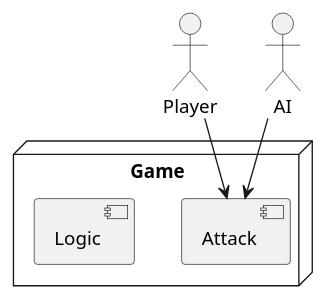
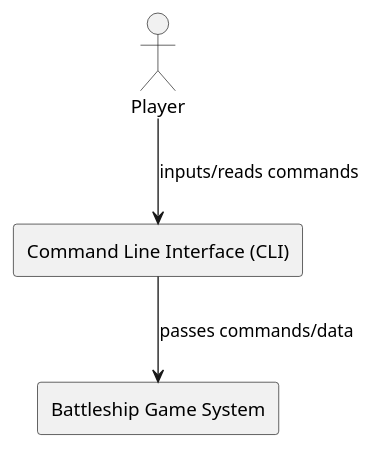
The diagram in Final_Project/uml/Context_View.plantuml (joywalgren/FinalProject_OOP), drawn with PlantUML before and after one commit. The commit also changed 9 other files, not shown here.

Commit message:
update uml

```diff
--- a/Final_Project/uml/Context_View.plantuml
+++ b/Final_Project/uml/Context_View.plantuml
@@ -1,13 +1,10 @@
-@startuml Context_View
+@startuml
 actor Player
-actor AI 
 
-node "Game"{
-    component "Attack"
-    component "Logic"
-}
+rectangle "Command Line Interface (CLI)" as CLI
+rectangle "Battleship Game System" as Game
 
+Player --> CLI : inputs/reads commands
+CLI --> Game : passes commands/data
 
-Player --> "Attack"
-AI --> "Attack"
 @enduml
```
